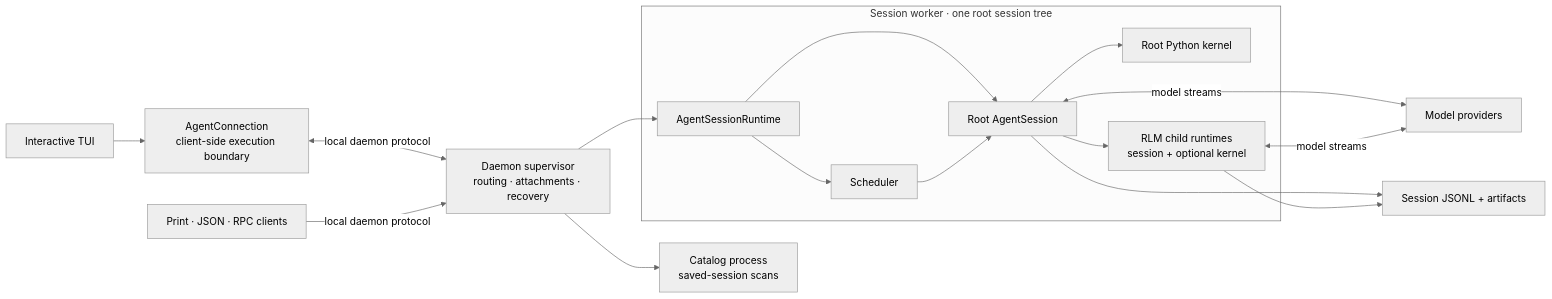
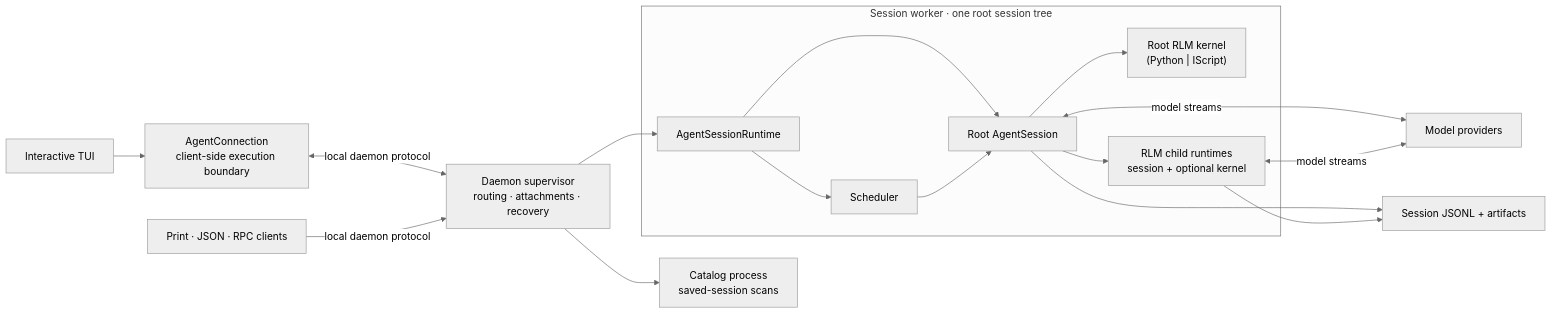
One commit to Jackhuang13/apollo-cli changed the first of 2 diagrams in packages/coding-agent/docs/architecture.md. Above: the diagram before and after it, drawn with Mermaid (neutral theme). The commit also changed other lines of this file and 7 other files, not shown here.

First line of the commit message:
docs: add IScript kernel, textual TUI, and migration review documentation

````diff
--- a/packages/coding-agent/docs/architecture.md
+++ b/packages/coding-agent/docs/architecture.md
@@ -7,35 +7,35 @@
 ```mermaid
 flowchart LR
     interactive["Interactive TUI"]
     headless["Print · JSON · RPC clients"]
     connection["AgentConnection<br/>client-side execution boundary"]
     supervisor["Daemon supervisor<br/>routing · attachments · recovery"]
     catalog["Catalog process<br/>saved-session scans"]
 
     subgraph worker["Session worker · one root session tree"]
         runtime["AgentSessionRuntime"]
         root["Root AgentSession"]
         scheduler["Scheduler"]
-        kernel["Root Python kernel"]
+        kernel["Root RLM kernel<br/>(Python | IScript)"]
         children["RLM child runtimes<br/>session + optional kernel"]
 
         runtime --> root
         runtime --> scheduler
         root --> kernel
         root --> children
         scheduler --> root
     end
 
     providers["Model providers"]
     storage["Session JSONL + artifacts"]
 
     interactive --> connection
     connection <-->|"local daemon protocol"| supervisor
     headless -->|"local daemon protocol"| supervisor
     supervisor --> catalog
     supervisor --> runtime
     root <-->|"model streams"| providers
     children <-->|"model streams"| providers
     root --> storage
     children --> storage
 ```
````
